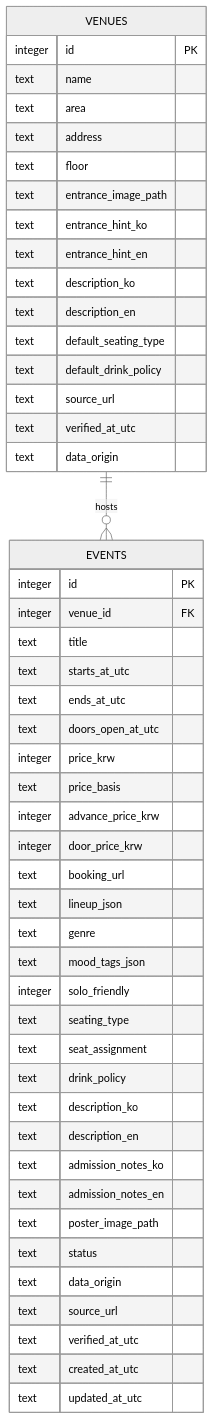
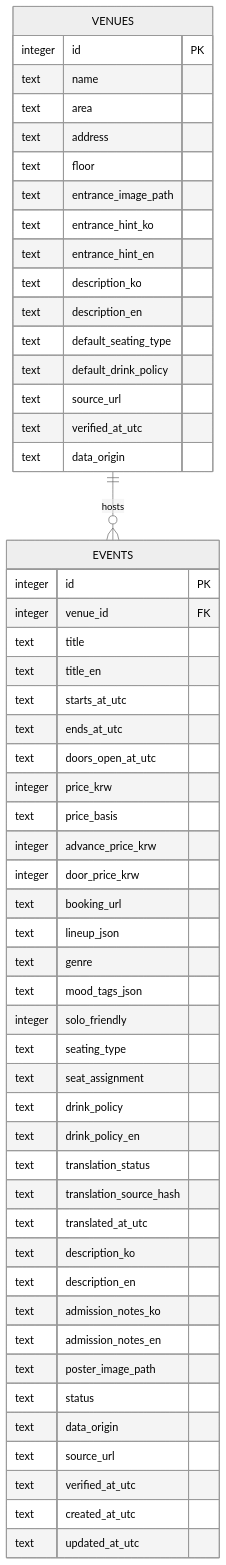
The diagram in docs/DATABASE.md (JinseoHong0/AMP), drawn with Mermaid (neutral theme) before and after one commit. The commit also changed other lines of this file and 7 other files, not shown here.

````diff
--- a/docs/DATABASE.md
+++ b/docs/DATABASE.md
@@ -19,52 +19,57 @@
 ```mermaid
 erDiagram
     VENUES ||--o{ EVENTS : hosts
     VENUES {
         integer id PK
         text name
         text area
         text address
         text floor
         text entrance_image_path
         text entrance_hint_ko
         text entrance_hint_en
         text description_ko
         text description_en
         text default_seating_type
         text default_drink_policy
         text source_url
         text verified_at_utc
         text data_origin
     }
     EVENTS {
         integer id PK
         integer venue_id FK
         text title
+        text title_en
         text starts_at_utc
         text ends_at_utc
         text doors_open_at_utc
         integer price_krw
         text price_basis
         integer advance_price_krw
         integer door_price_krw
         text booking_url
         text lineup_json
         text genre
         text mood_tags_json
         integer solo_friendly
         text seating_type
         text seat_assignment
         text drink_policy
+        text drink_policy_en
+        text translation_status
+        text translation_source_hash
+        text translated_at_utc
         text description_ko
         text description_en
         text admission_notes_ko
         text admission_notes_en
         text poster_image_path
         text status
         text data_origin
         text source_url
         text verified_at_utc
         text created_at_utc
         text updated_at_utc
     }
 ```
````
